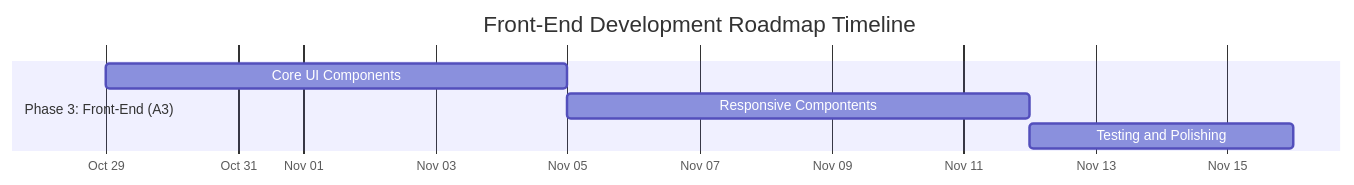
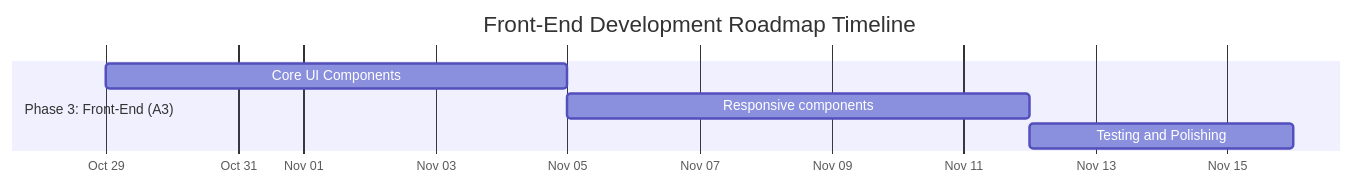
Before and after one commit to CoderAcademy-DEV-MERN-Group/DEV1003-Assessment01: the eighth of 12 diagrams in project-mgmt-methodology.md, drawn with Mermaid. The commit also changed other lines of this file and 2 other files, not shown here.

````diff
--- a/project-mgmt-methodology.md
+++ b/project-mgmt-methodology.md
@@ -259,10 +264,10 @@
 ```mermaid
 gantt
     title Front-End Development Roadmap Timeline
     dateFormat  YYYY-MM-DD
     axisFormat  %b %d
     section Phase 3: Front-End (A3)
     Core UI Components       :         be1, 2025-10-29, 7d
-    Responsive Compontents   :         be2, after be1, 7d
+    Responsive components   :         be2, after be1, 7d
     Testing and Polishing    :         be3, after be2, 4d
 ```
````
